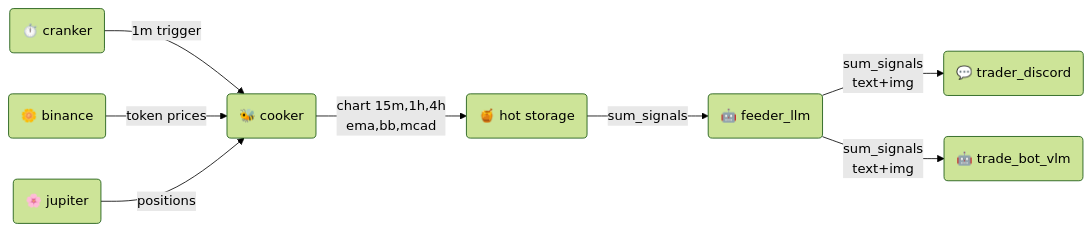
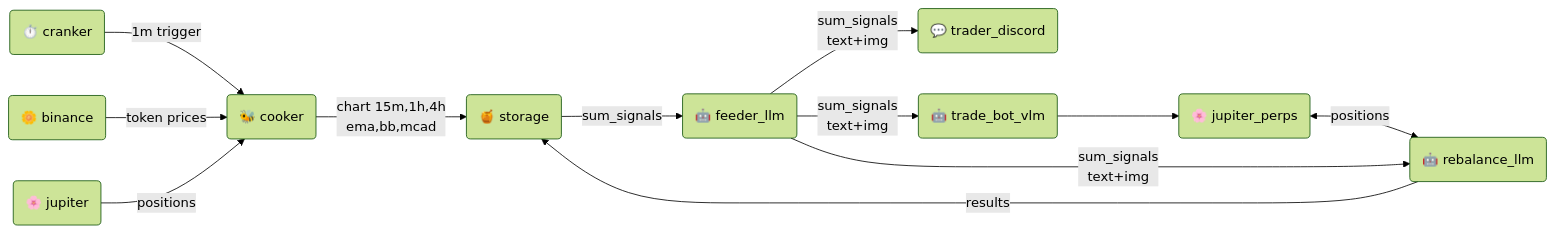
The diagram in README.md (catbot-ai/catbot-agent), drawn with Mermaid (forest theme) before and after one commit. The commit also changed 3 other files, not shown here.

````diff
--- a/README.md
+++ b/README.md
@@ -58,10 +58,11 @@
 ```mermaid
 graph LR;
   I(⏱️ cranker)--"1m trigger"--> A
   AA(🌼 binance)--"token prices"-->A
   AB(🌸 jupiter)--"positions"-->A
-  A(🐝 cooker) --"chart 15m,1h,4h<br>ema,bb,mcad"--> B("🍯 hot storage")
-  B --"sum_signals"--> C
-  C("🤖 feeder_llm") --"sum_signals<br>text+img"--> L1("💬 trader_discord")
+  A(🐝 cooker) --"chart 15m,1h,4h<br>ema,bb,mcad"-->B("🍯 storage")
+  B --"sum_signals"-->C("🤖 feeder_llm") --"sum_signals<br>text+img"--> L1("💬 trader_discord")
   C--"sum_signals<br>text+img"--> O("🤖 trade_bot_vlm")
+  O-->D(🌸 jupiter_perps)<--"positions"-->E("🤖 rebalance_llm")
+  C--"sum_signals<br>text+img"-->E--"results"-->B
 ```
````
